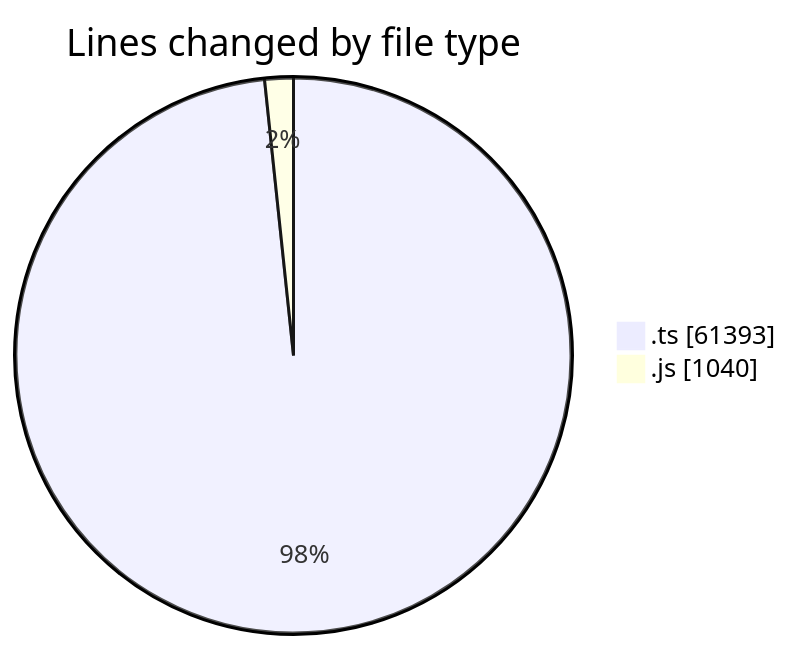
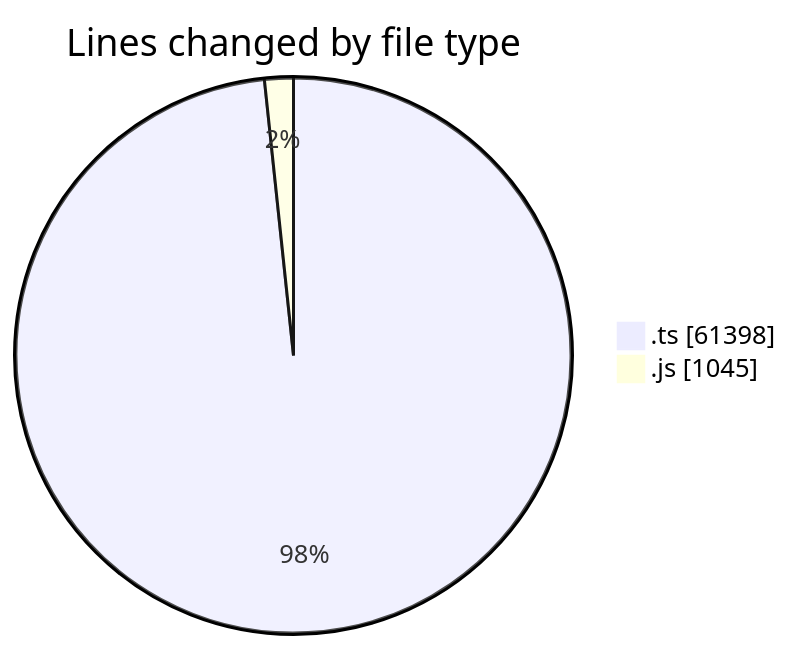
One commit to momahboobian/code-tracking changed the first of 2 diagrams in 2025-09-29/cda/README.md. Above: the diagram before and after it, drawn with Mermaid. The commit also changed other lines of this file and 1 other file, not shown here.

````diff
--- a/2025-09-29/cda/README.md
+++ b/2025-09-29/cda/README.md
@@ -27,6 +27,6 @@
 ```mermaid
 pie showData
 title Lines changed by file type
-".ts" : 61393
-".js" : 1040
+".ts" : 61398
+".js" : 1045
 ```
````
